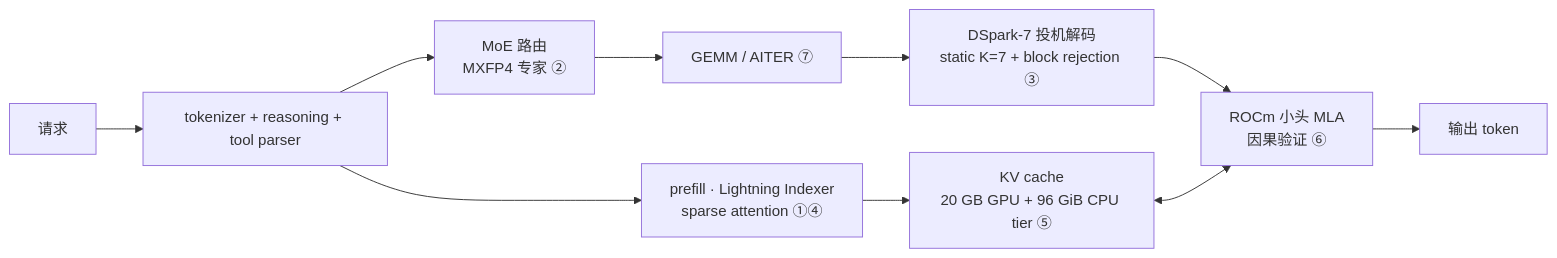
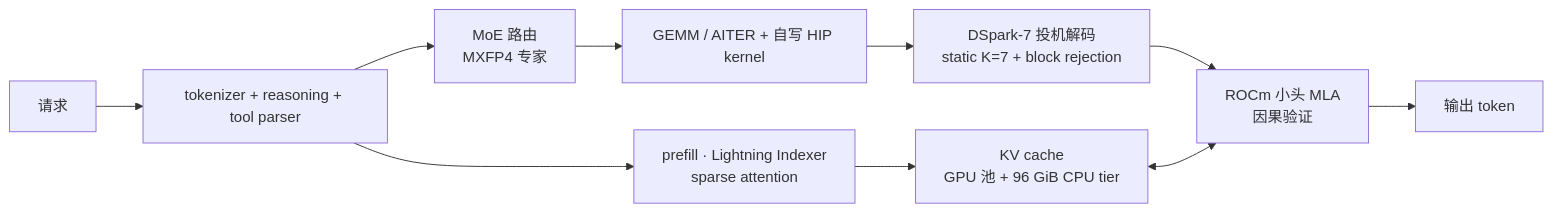
One commit to A1pha3/text-matrix changed the diagram in content/posts/tech/deepseek-v4-flash-mi300x-amd-deployment-2026.md. Above: the diagram before and after it, drawn with Mermaid. The commit also changed other lines of this file and 331 other files, not shown here.

````diff
--- a/content/posts/tech/deepseek-v4-flash-mi300x-amd-deployment-2026.md
+++ b/content/posts/tech/deepseek-v4-flash-mi300x-amd-deployment-2026.md
@@ -34,12 +44,12 @@
 ```mermaid
 flowchart LR
     Q["请求"] --> IN["tokenizer + reasoning + tool parser"]
-    IN --> PF["prefill · Lightning Indexer<br/>sparse attention ①④"]
-    PF --> KV["KV cache<br/>20 GB GPU + 96 GiB CPU tier ⑤"]
-    IN --> RT["MoE 路由<br/>MXFP4 专家 ②"]
-    RT --> GE["GEMM / AITER ⑦"]
-    GE --> DS["DSpark-7 投机解码<br/>static K=7 + block rejection ③"]
-    DS --> CA["ROCm 小头 MLA<br/>因果验证 ⑥"]
+    IN --> PF["prefill · Lightning Indexer<br/>sparse attention"]
+    PF --> KV["KV cache<br/>GPU 池 + 96 GiB CPU tier"]
+    IN --> RT["MoE 路由<br/>MXFP4 专家"]
+    RT --> GE["GEMM / AITER + 自写 HIP kernel"]
+    GE --> DS["DSpark-7 投机解码<br/>static K=7 + block rejection"]
+    DS --> CA["ROCm 小头 MLA<br/>因果验证"]
     CA --> O["输出 token"]
     KV <--> CA
 ```
````
